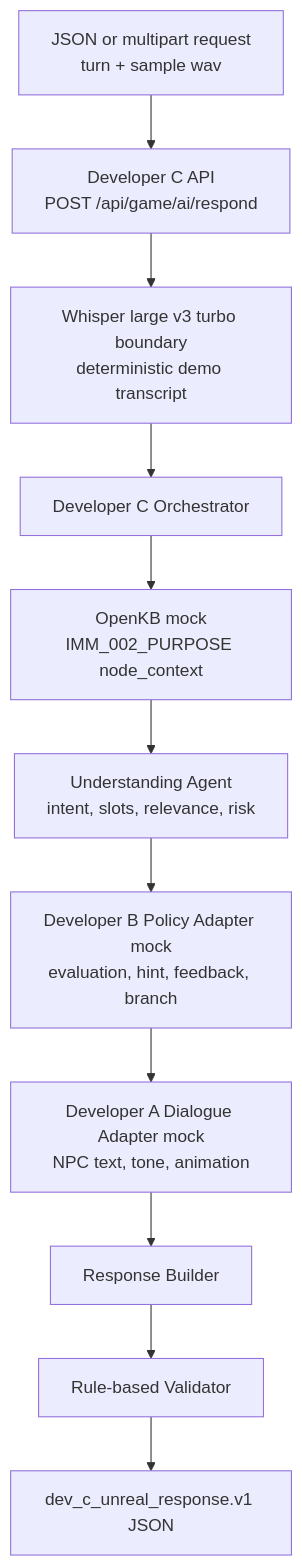
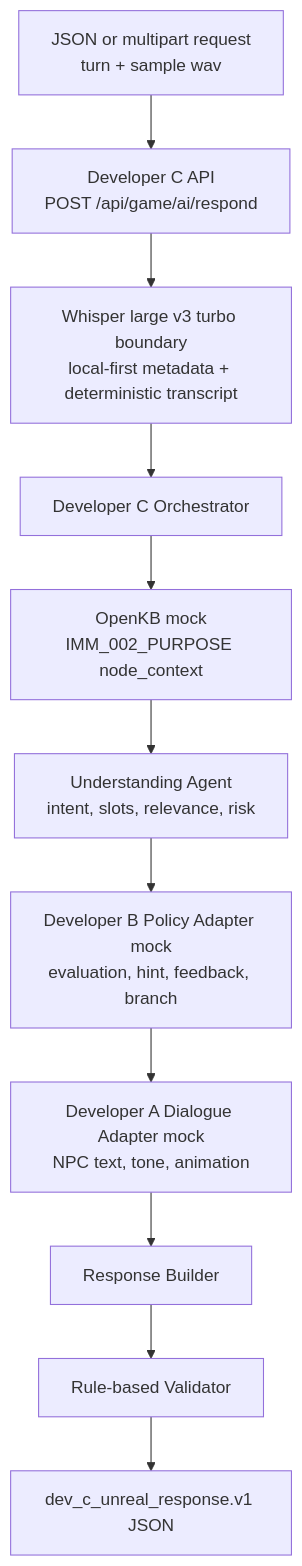
One commit to PotenUP3-04-Synapse3/pj05_Murphy changed the first of 2 diagrams in docs/preprototype_status_demo_plan.md. Above: the diagram before and after it, drawn with Mermaid. The commit also changed other lines of this file and 6 other files, not shown here.

Commit message:
Implement local-first STT fallback metadata

````diff
--- a/docs/preprototype_status_demo_plan.md
+++ b/docs/preprototype_status_demo_plan.md
@@ -62,13 +64,13 @@
 ```mermaid
 flowchart TD
     REQ["JSON or multipart request<br/>turn + sample wav"] --> API["Developer C API<br/>POST /api/game/ai/respond"]
-    API --> STT["Whisper large v3 turbo boundary<br/>deterministic demo transcript"]
+    API --> STT["Whisper large v3 turbo boundary<br/>local-first metadata + deterministic transcript"]
     STT --> ORCH["Developer C Orchestrator"]
     ORCH --> KB["OpenKB mock<br/>IMM_002_PURPOSE node_context"]
     KB --> UA["Understanding Agent<br/>intent, slots, relevance, risk"]
     UA --> B["Developer B Policy Adapter mock<br/>evaluation, hint, feedback, branch"]
     B --> A["Developer A Dialogue Adapter mock<br/>NPC text, tone, animation"]
     A --> RB["Response Builder"]
     RB --> V["Rule-based Validator"]
     V --> OUT["dev_c_unreal_response.v1 JSON"]
 ```
````
